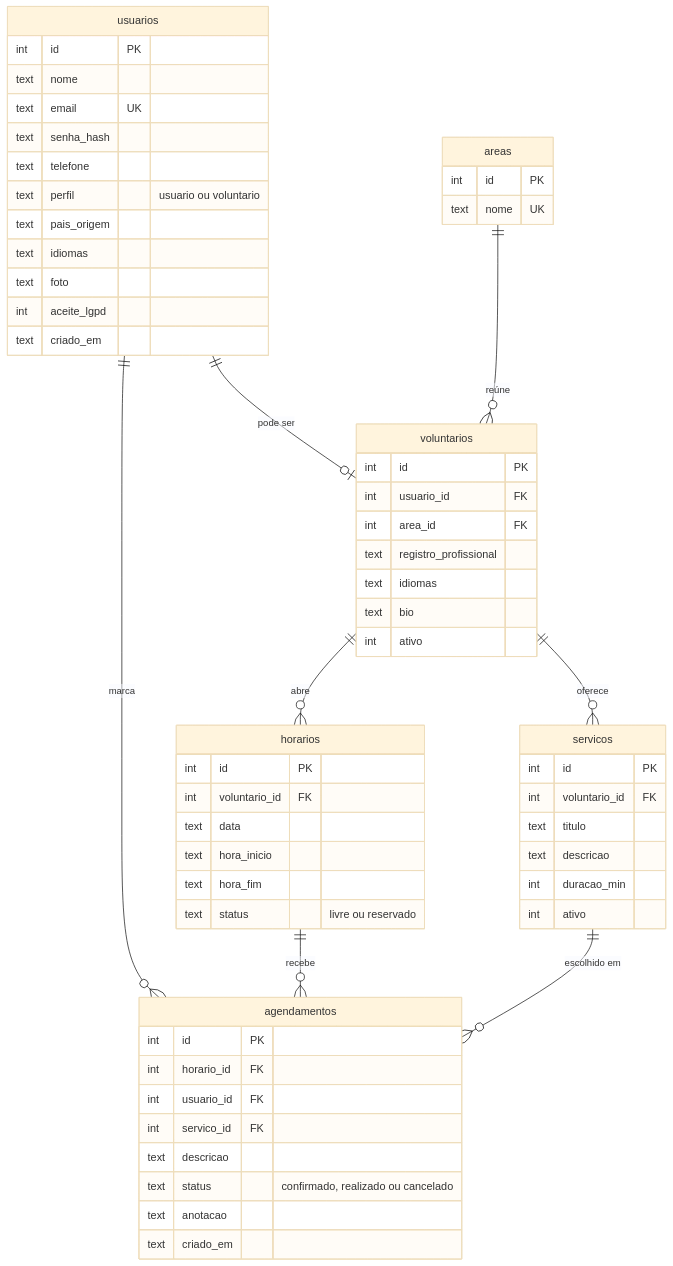
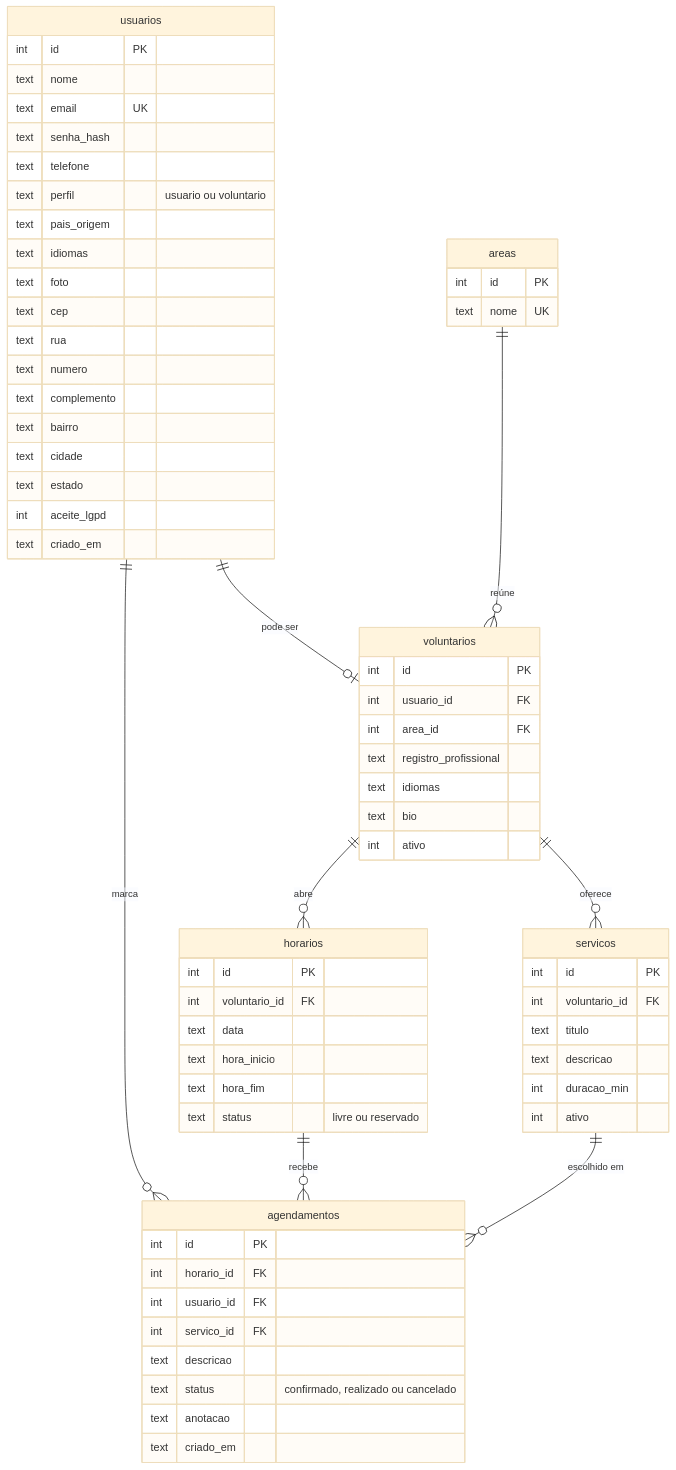
Before and after one commit to luisquesada26/acolhimento-amigo: the second of 2 diagrams in README.md, drawn with Mermaid (base theme). The commit also changed other lines of this file and 16 other files, not shown here.

````diff
--- a/README.md
+++ b/README.md
@@ -139,68 +139,75 @@
 ```mermaid
 erDiagram
     usuarios ||--o| voluntarios : "pode ser"
     areas ||--o{ voluntarios : "reúne"
     voluntarios ||--o{ servicos : "oferece"
     voluntarios ||--o{ horarios : "abre"
     usuarios ||--o{ agendamentos : "marca"
     horarios ||--o{ agendamentos : "recebe"
     servicos ||--o{ agendamentos : "escolhido em"
 
     usuarios {
         int id PK
         text nome
         text email UK
         text senha_hash
         text telefone
         text perfil "usuario ou voluntario"
         text pais_origem
         text idiomas
         text foto
+        text cep
+        text rua
+        text numero
+        text complemento
+        text bairro
+        text cidade
+        text estado
         int aceite_lgpd
         text criado_em
     }
 
     areas {
         int id PK
         text nome UK
     }
 
     voluntarios {
         int id PK
         int usuario_id FK
         int area_id FK
         text registro_profissional
         text idiomas
         text bio
         int ativo
     }
 
     servicos {
         int id PK
         int voluntario_id FK
         text titulo
         text descricao
         int duracao_min
         int ativo
     }
 
     horarios {
         int id PK
         int voluntario_id FK
         text data
         text hora_inicio
         text hora_fim
         text status "livre ou reservado"
     }
 
     agendamentos {
         int id PK
         int horario_id FK
         int usuario_id FK
         int servico_id FK
         text descricao
         text status "confirmado, realizado ou cancelado"
         text anotacao
         text criado_em
     }
 ```
````
